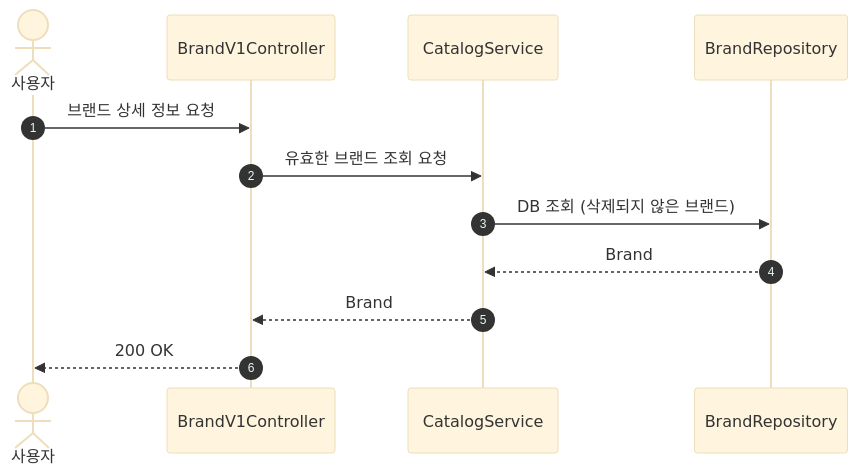
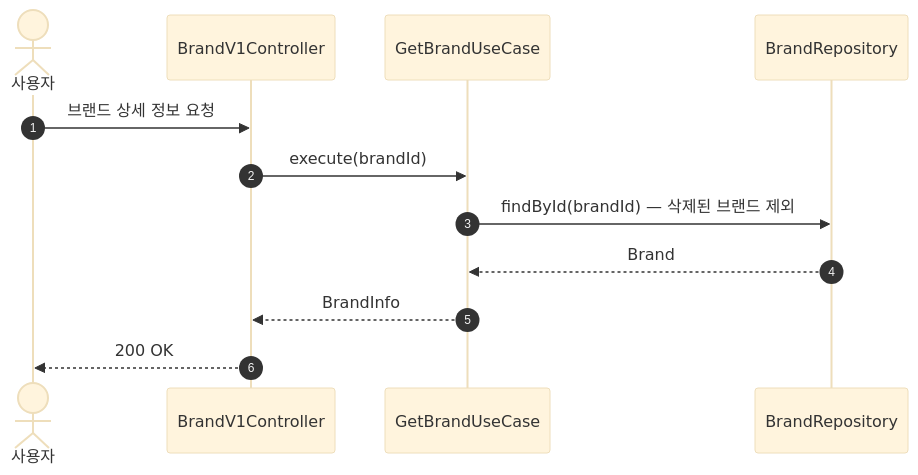
The first of 26 diagrams in docs/design/02-sequence-diagrams.md (Loopers-dev-lab/loop-pack-be-l2-vol3-kotlin), drawn with Mermaid (base theme) before and after one commit. The commit also changed other lines of this file and 6 other files, not shown here.

First line of the commit message:
docs: 설계 문서 최신화 — Facade/Service → UseCase 패턴 반영

````diff
--- a/docs/design/02-sequence-diagrams.md
+++ b/docs/design/02-sequence-diagrams.md
@@ -29,14 +29,14 @@
 ```mermaid
 sequenceDiagram
     autonumber
     actor User as 사용자
     participant C as BrandV1Controller
-    participant S as CatalogService
+    participant UC as GetBrandUseCase
     participant R as BrandRepository
     User ->> C: 브랜드 상세 정보 요청
-    C ->> S: 유효한 브랜드 조회 요청
-    S ->> R: DB 조회 (삭제되지 않은 브랜드)
-    R -->> S: Brand
-    S -->> C: Brand
+    C ->> UC: execute(brandId)
+    UC ->> R: findById(brandId) — 삭제된 브랜드 제외
+    R -->> UC: Brand
+    UC -->> C: BrandInfo
     C -->> User: 200 OK
 ```
````
